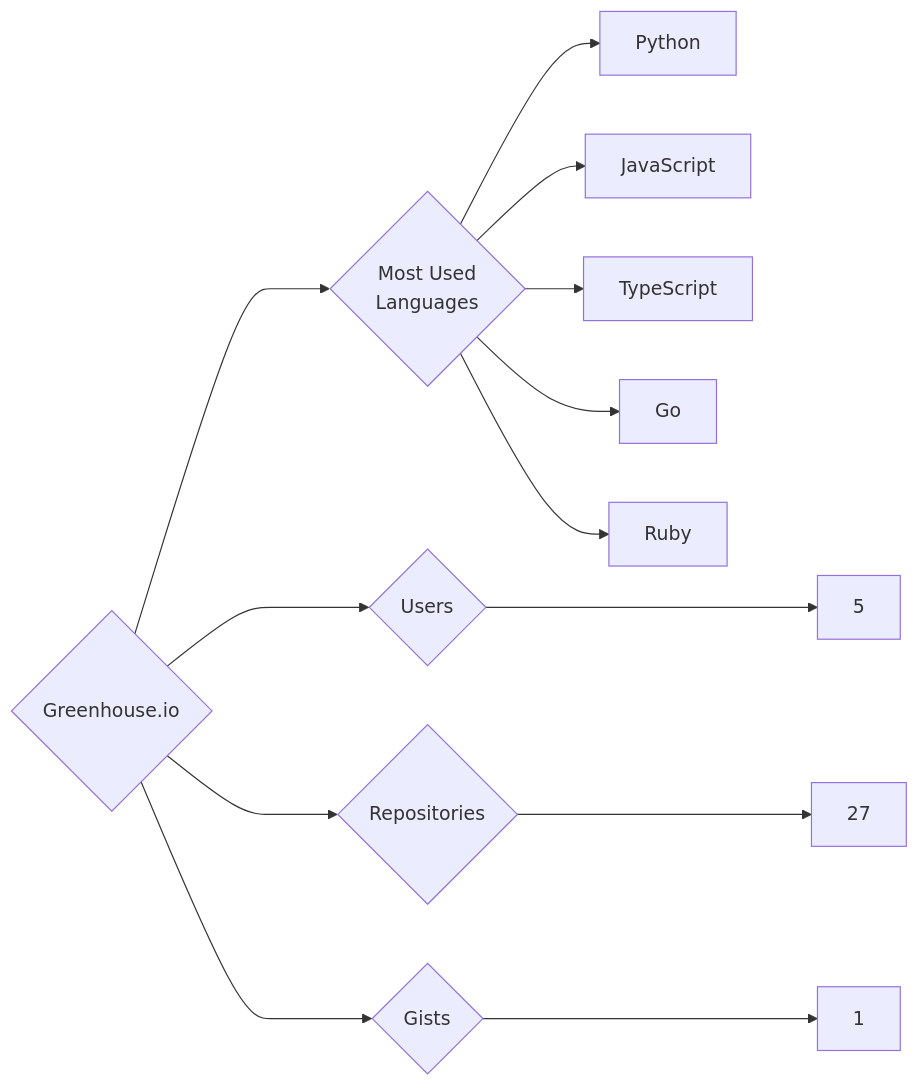
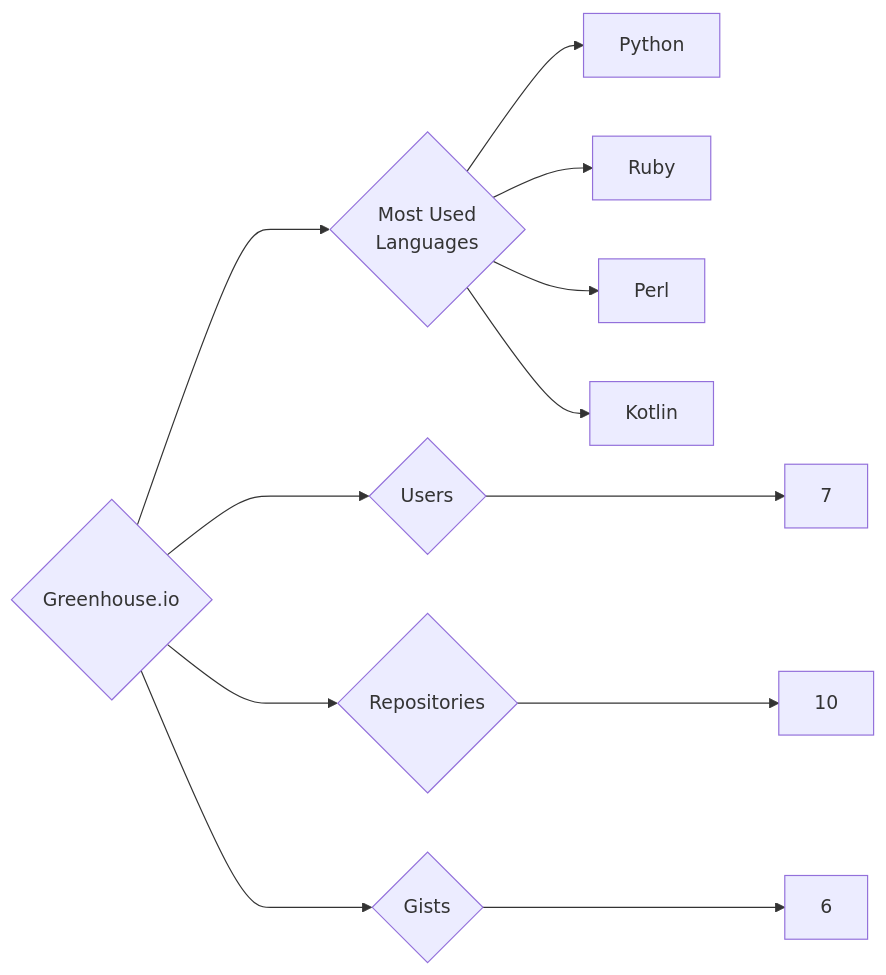
Before and after one commit to trickest/insiders: the diagram in targets/Greenhouse.io/README.md, drawn with Mermaid. The commit also changed 1238 other files, not shown here.

````diff
--- a/targets/Greenhouse.io/README.md
+++ b/targets/Greenhouse.io/README.md
@@ -3,13 +3,12 @@
 ```mermaid
 graph LR
 COMPANY_NAME{Greenhouse.io}
-COMPANY_NAME ---> U{Users} ---> UN[5]
-COMPANY_NAME ---> R{Repositories} ---> RN[27]
-COMPANY_NAME ---> G{Gists} ---> GN[1]
+COMPANY_NAME ---> U{Users} ---> UN[7]
+COMPANY_NAME ---> R{Repositories} ---> RN[10]
+COMPANY_NAME ---> G{Gists} ---> GN[6]
 COMPANY_NAME ---> ML{Most Used<br>Languages}
 ML --> Python[Python]
-ML --> JavaScript[JavaScript]
-ML --> TypeScript[TypeScript]
-ML --> Go[Go]
 ML --> Ruby[Ruby]
+ML --> Perl[Perl]
+ML --> Kotlin[Kotlin]
 ```
````
